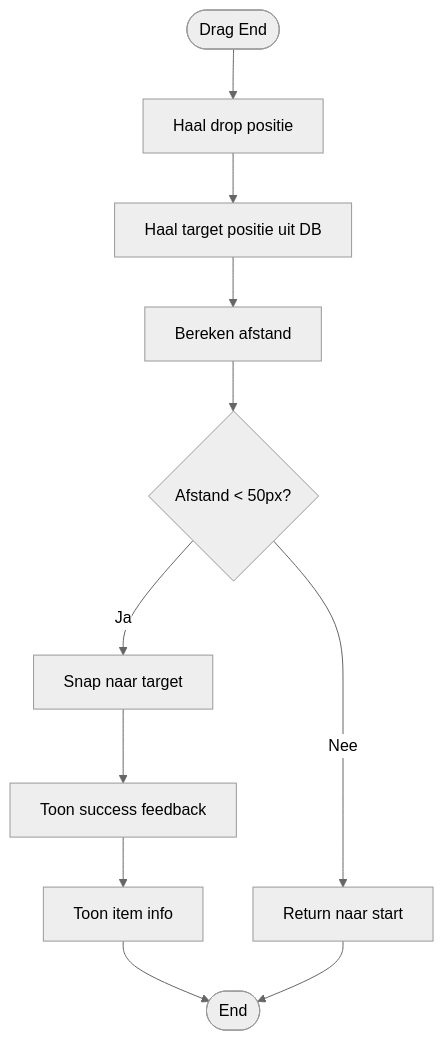
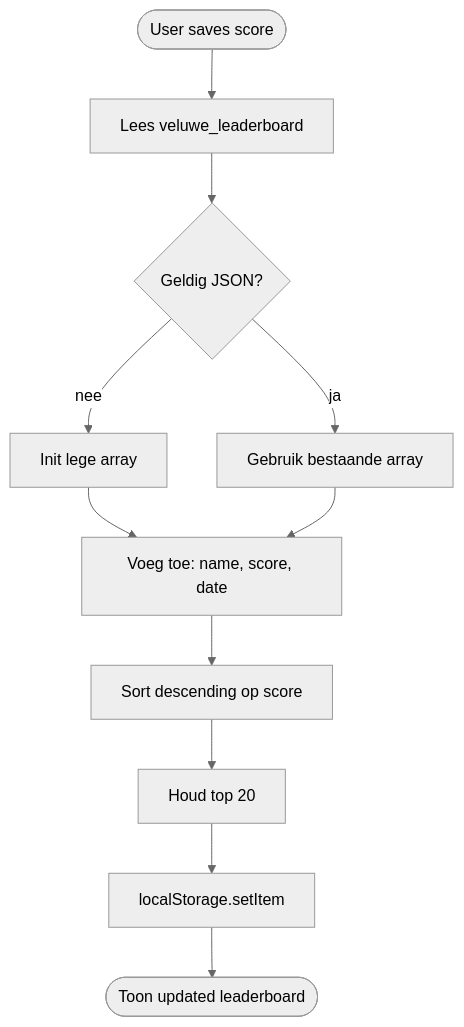
Before and after one commit to aventus-jesse-vasco/project-veluwe: the seventh of 9 diagrams in docs/FUNCTIONEEL_TECHNISCH_ONTWERP.md, drawn with Mermaid (neutral theme). The commit also changed other lines of this file, not shown here.

````diff
--- a/docs/FUNCTIONEEL_TECHNISCH_ONTWERP.md
+++ b/docs/FUNCTIONEEL_TECHNISCH_ONTWERP.md
@@ -288,13 +497,13 @@
 ```mermaid
 flowchart TD
-    Start([Drag End]) --> GetPos[Haal drop positie]
-    GetPos --> GetTarget[Haal target positie uit DB]
-    GetTarget --> CalcDist[Bereken afstand]
-    CalcDist --> Check{Afstand < 50px?}
-    Check -->|Ja| Snap[Snap naar target]
-    Check -->|Nee| Reset[Return naar start]
-    Snap --> Feedback[Toon success feedback]
-    Feedback --> Info[Toon item info]
-    Info --> End([End])
-    Reset --> End
+    Start([User saves score]) --> Read[Lees veluwe_leaderboard]
+    Read --> Parse{Geldig JSON?}
+    Parse -- nee --> Init[Init lege array]
+    Parse -- ja --> List[Gebruik bestaande array]
+    Init --> Push[Voeg toe: name, score, date]
+    List --> Push
+    Push --> Sort[Sort descending op score]
+    Sort --> Trim[Houd top 20]
+    Trim --> Write[localStorage.setItem]
+    Write --> End([Toon updated leaderboard])
 ```
````
